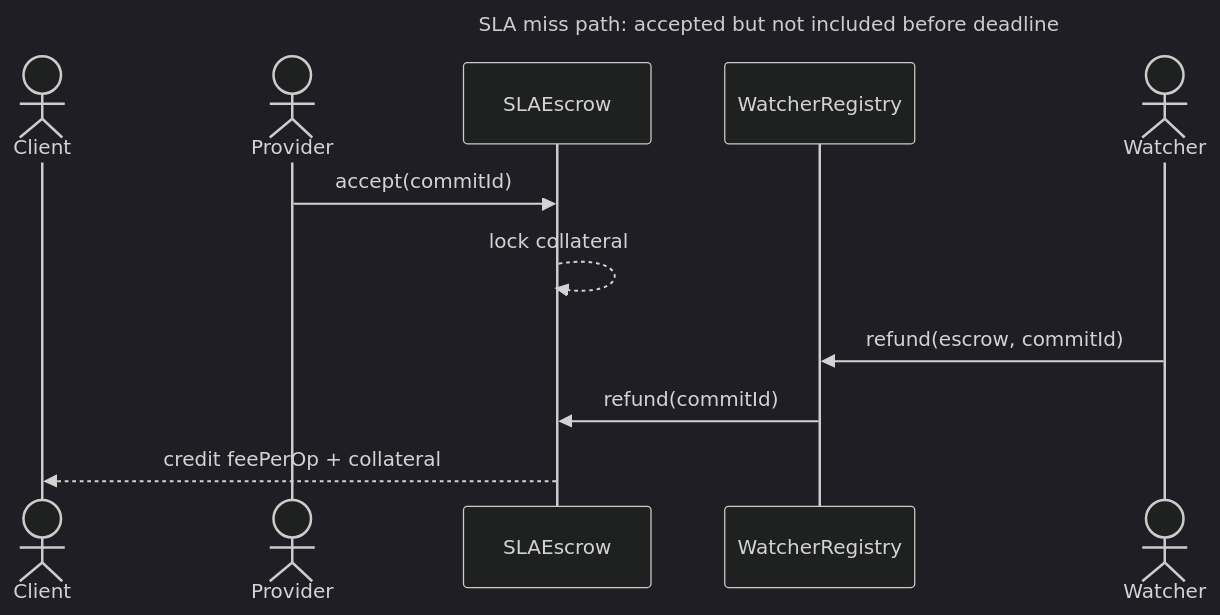
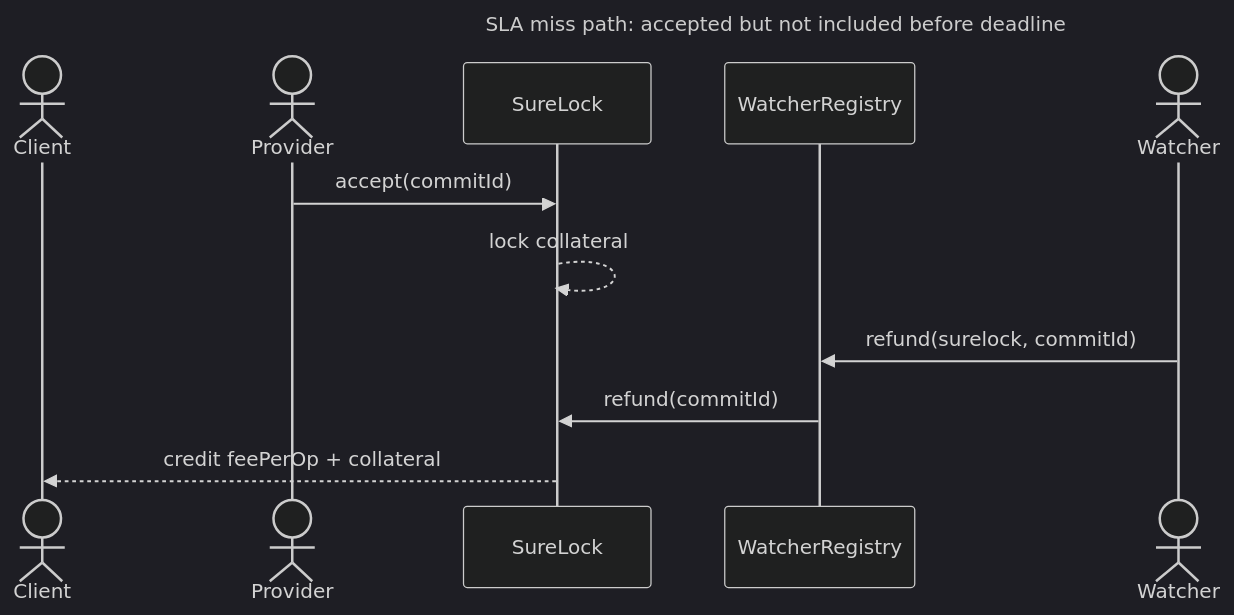
Before and after one commit to surelock-labs/surelock: the fourth of 5 diagrams in docs/PROTOCOL.md, drawn with Mermaid (dark theme). The commit also changed other lines of this file, not shown here.

````diff
--- a/docs/PROTOCOL.md
+++ b/docs/PROTOCOL.md
@@ -74,15 +74,15 @@
 ```mermaid
 sequenceDiagram
     title SLA miss path: accepted but not included before deadline
     actor Client
     actor Provider
-    participant SLAEscrow
+    participant SureLock
     participant WatcherRegistry
     actor Watcher
 
-    Provider->>SLAEscrow: accept(commitId)
-    SLAEscrow-->>SLAEscrow: lock collateral
-    Watcher->>WatcherRegistry: refund(escrow, commitId)
-    WatcherRegistry->>SLAEscrow: refund(commitId)
-    SLAEscrow-->>Client: credit feePerOp + collateral
+    Provider->>SureLock: accept(commitId)
+    SureLock-->>SureLock: lock collateral
+    Watcher->>WatcherRegistry: refund(surelock, commitId)
+    WatcherRegistry->>SureLock: refund(commitId)
+    SureLock-->>Client: credit feePerOp + collateral
 ```
````
